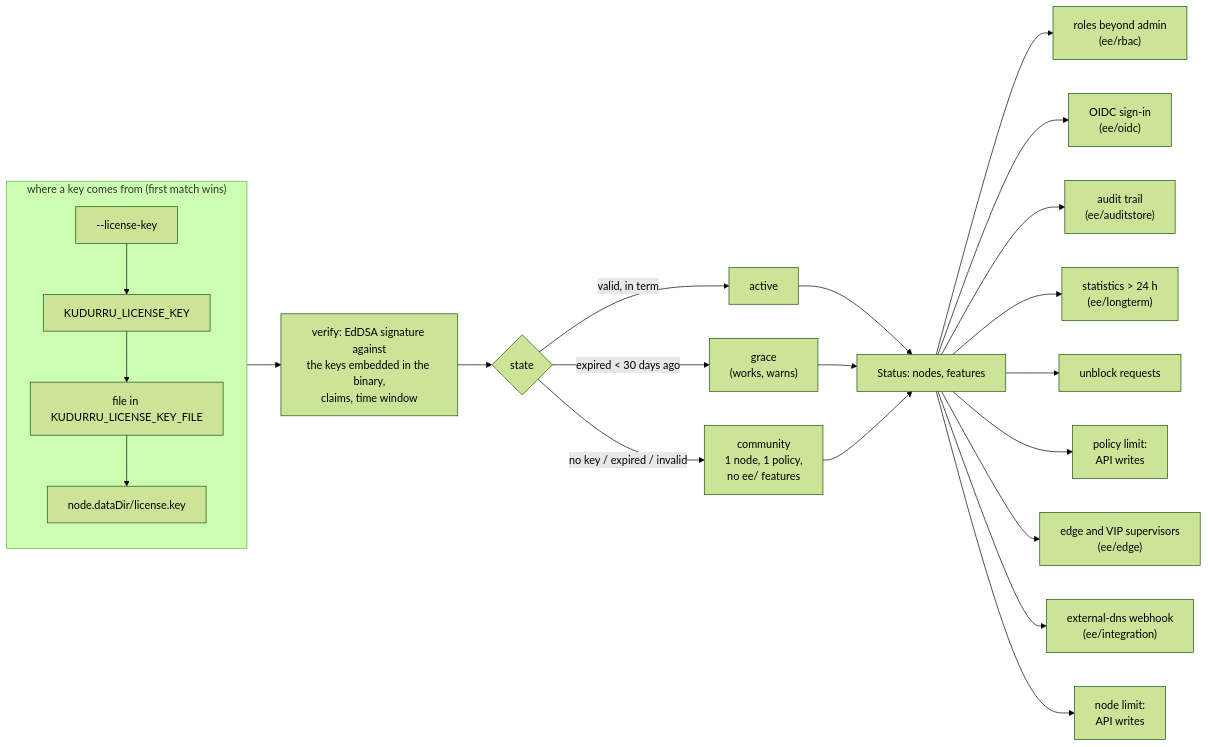
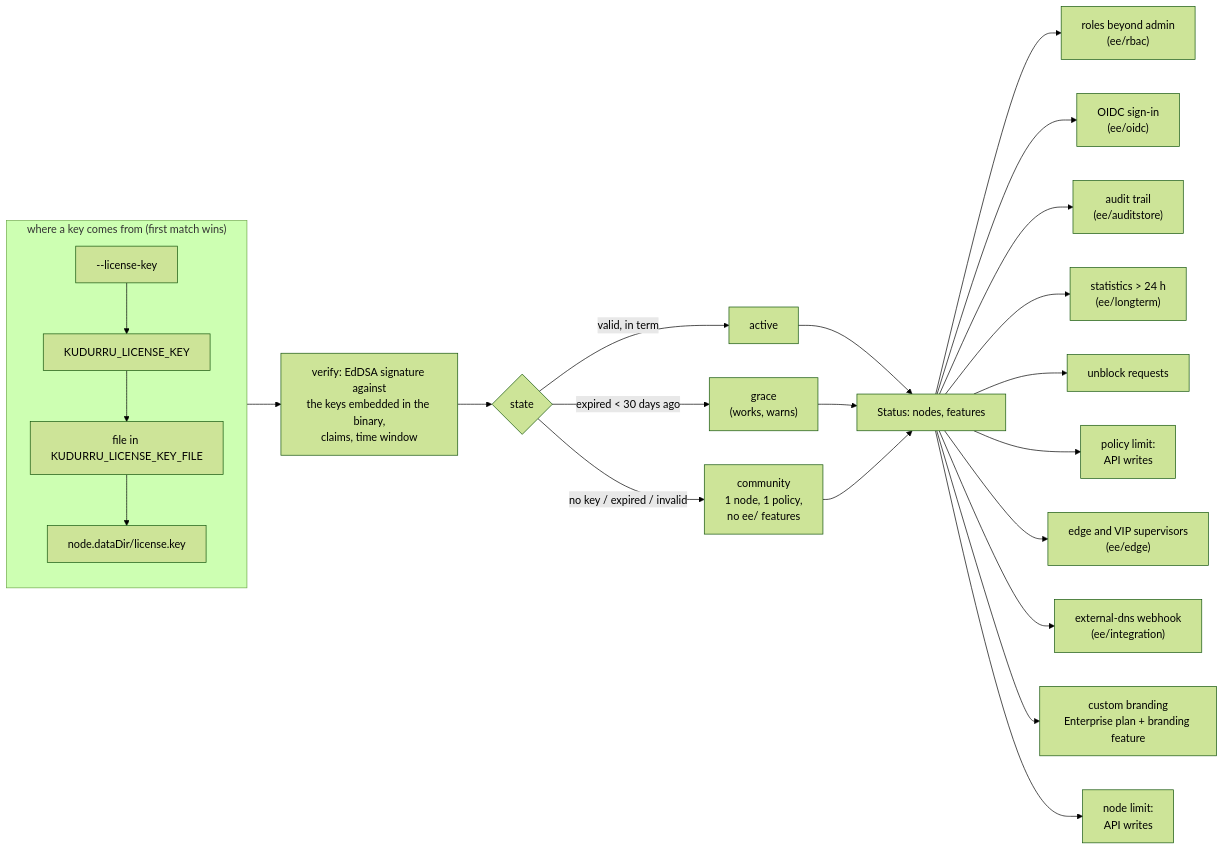
The diagram in docs/architecture/licensing.md (robertherbaugh/kudurru), drawn with Mermaid (forest theme) before and after one commit. The commit also changed other lines of this file and 54 other files, not shown here.

First line of the commit message:
feat(branding): enforce Enterprise presentation and captured expiry

````diff
--- a/docs/architecture/licensing.md
+++ b/docs/architecture/licensing.md
@@ -19,24 +19,25 @@
 ```mermaid
 flowchart LR
     subgraph src["where a key comes from (first match wins)"]
         direction TB
         F["--license-key"] --> E["KUDURRU_LICENSE_KEY"] --> EF["file in KUDURRU_LICENSE_KEY_FILE"] --> DD["node.dataDir/license.key"]
     end
     src --> V["verify: EdDSA signature against<br/>the keys embedded in the binary,<br/>claims, time window"]
     V --> S{"state"}
     S -->|"valid, in term"| A["active"]
     S -->|"expired < 30 days ago"| G["grace<br/>(works, warns)"]
     S -->|"no key / expired / invalid"| C["community<br/>1 node, 1 policy,<br/>no ee/ features"]
     A --> D["Status: nodes, features"]
     G --> D
     C --> D
     D --> RB["roles beyond admin<br/>(ee/rbac)"]
     D --> OIDC["OIDC sign-in<br/>(ee/oidc)"]
     D --> AU["audit trail<br/>(ee/auditstore)"]
     D --> LT["statistics > 24 h<br/>(ee/longterm)"]
     D --> RQ["unblock requests"]
     D --> PL["policy limit:<br/>API writes"]
     D --> EDGE["edge and VIP supervisors<br/>(ee/edge)"]
     D --> INT["external-dns webhook<br/>(ee/integration)"]
+    D --> BR["custom branding<br/>Enterprise plan + branding feature"]
     D --> LIM["node limit:<br/>API writes"]
 ```
````
